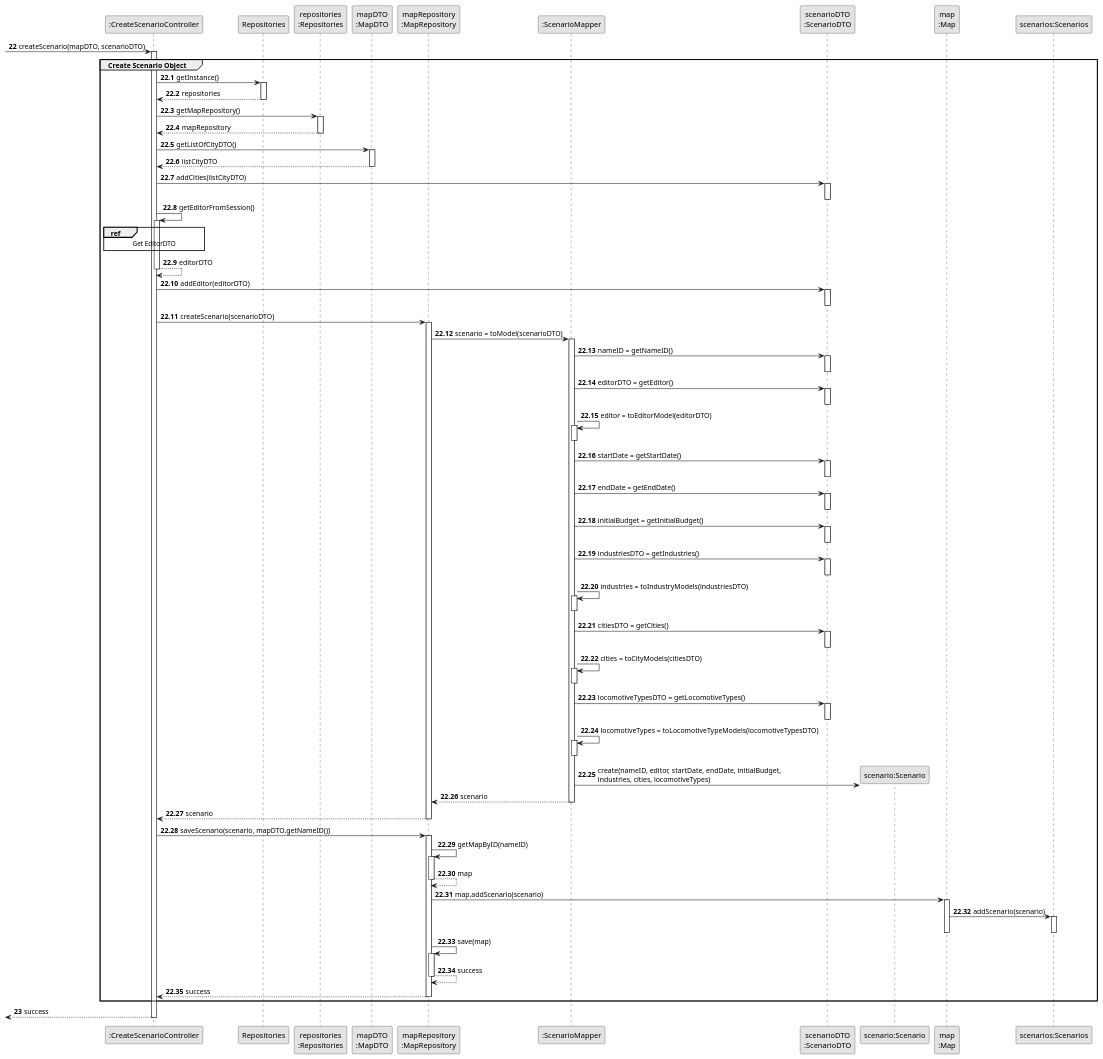
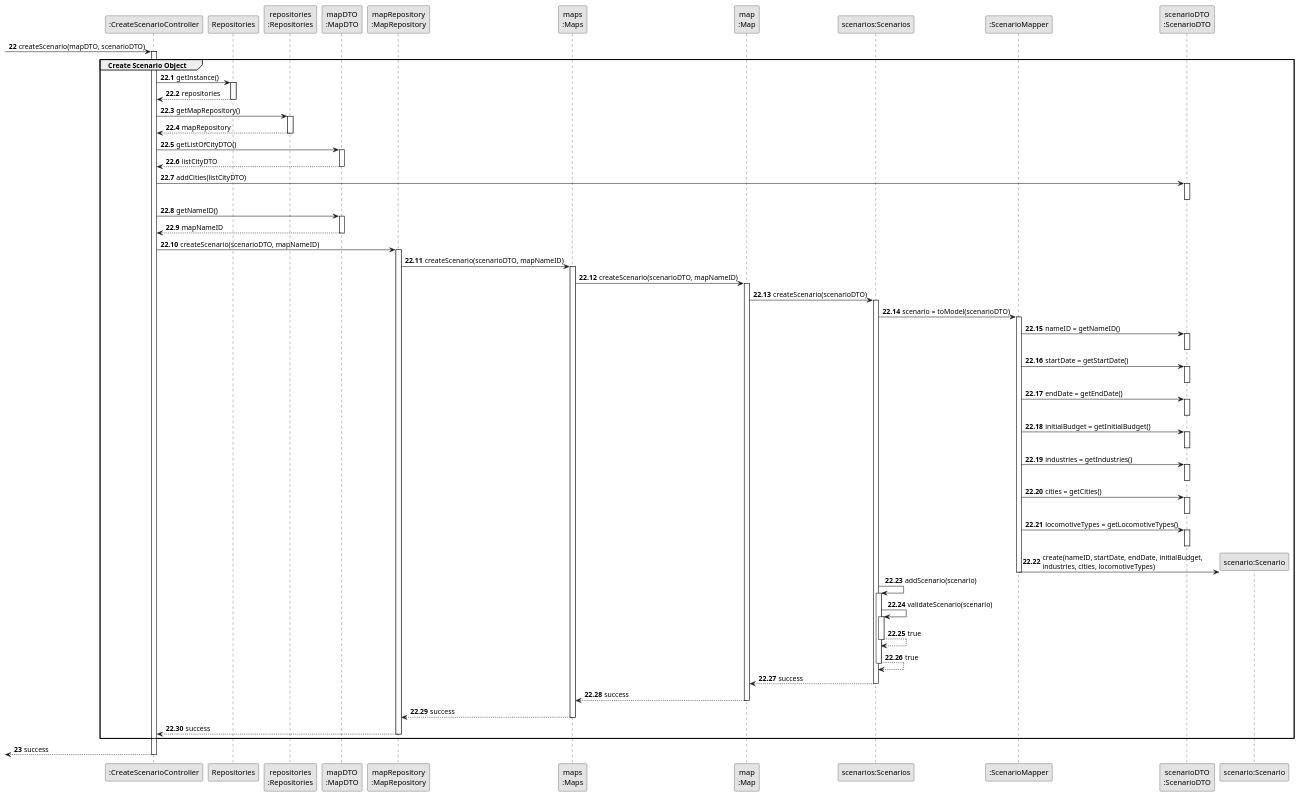
The diagram in docs/system-documentation/Sprint 3/US04/03.design/puml/US04-SD-partial-Create-Scenario-Object.puml (HenriqueSilva18/Railway-Network-Simulator), drawn with PlantUML before and after one commit. The commit also changed 43 other files, not shown here.

```diff
--- a/docs/system-documentation/Sprint 3/US04/03.design/puml/US04-SD-partial-Create-Scenario-Object.puml
+++ b/docs/system-documentation/Sprint 3/US04/03.design/puml/US04-SD-partial-Create-Scenario-Object.puml
@@ -1,155 +1,125 @@
 @startuml
 skinparam monochrome true
 skinparam packageStyle rectangle
 skinparam shadowing false
 
 participant ":CreateScenarioController" as CTRL
 participant "Repositories" as REPOS
 participant "repositories\n:Repositories" as REPOS_SINGLETON
 participant "mapDTO\n:MapDTO" as MAP_DTO
 participant "mapRepository\n:MapRepository" as MAP_REPO
+participant "maps\n:Maps" as MAPS
+participant "map\n:Map" as MAP
+participant "scenarios:Scenarios" as SCNS
 participant ":ScenarioMapper" as SCN_MAPPER
 participant "scenarioDTO\n:ScenarioDTO" as SCN_DTO
 participant "scenario:Scenario" as SCN
-participant "map\n:Map" as MAP
-participant "scenarios:Scenarios" as SCNS
+
 
 autonumber 22
 -> CTRL: createScenario(mapDTO, scenarioDTO)
 
 autonumber 22.1
 activate CTRL
     group Create Scenario Object
 
         CTRL -> REPOS : getInstance()
         activate REPOS
             REPOS --> CTRL: repositories
         deactivate REPOS
 
         CTRL -> REPOS_SINGLETON: getMapRepository()
         activate REPOS_SINGLETON
             REPOS_SINGLETON --> CTRL: mapRepository
         deactivate REPOS_SINGLETON
 
         CTRL -> MAP_DTO: getListOfCityDTO()
         activate MAP_DTO
 
             MAP_DTO --> CTRL: listCityDTO
         deactivate MAP_DTO
 
         CTRL -> SCN_DTO: addCities(listCityDTO)
         activate SCN_DTO
             deactivate SCN_DTO
 
+        CTRL -> MAP_DTO: getNameID()
+        activate MAP_DTO
+            MAP_DTO --> CTRL: mapNameID
+        deactivate MAP_DTO
 
-        CTRL -> CTRL: getEditorFromSession()
-        activate CTRL
-
-        ref over CTRL
-            Get EditorDTO
-        end ref
-
-        CTRL --> CTRL: editorDTO
-        deactivate CTRL
-
-        CTRL -> SCN_DTO: addEditor(editorDTO)
-        activate SCN_DTO
-            deactivate SCN_DTO
-
-
-        CTRL -> MAP_REPO: createScenario(scenarioDTO)
+        CTRL -> MAP_REPO: createScenario(scenarioDTO, mapNameID)
             activate MAP_REPO
 
-            MAP_REPO -> SCN_MAPPER: scenario = toModel(scenarioDTO)
+            MAP_REPO -> MAPS: createScenario(scenarioDTO, mapNameID)
+            activate MAPS
+
+            MAPS -> MAP: createScenario(scenarioDTO, mapNameID)
+            activate MAP
+
+            MAP -> SCNS: createScenario(scenarioDTO)
+            activate SCNS
+
+            SCNS -> SCN_MAPPER: scenario = toModel(scenarioDTO)
                 activate SCN_MAPPER
 
                 SCN_MAPPER -> SCN_DTO: nameID = getNameID()
                 activate SCN_DTO
                 deactivate SCN_DTO
-
-                ' Conversão do Editor
-                SCN_MAPPER -> SCN_DTO: editorDTO = getEditor()
-                activate SCN_DTO
-                deactivate SCN_DTO
-                SCN_MAPPER -> SCN_MAPPER: editor = toEditorModel(editorDTO)
-                activate SCN_MAPPER
-                deactivate SCN_MAPPER
 
                 SCN_MAPPER -> SCN_DTO: startDate = getStartDate()
                 activate SCN_DTO
                 deactivate SCN_DTO
 
                 SCN_MAPPER -> SCN_DTO: endDate = getEndDate()
                 activate SCN_DTO
                 deactivate SCN_DTO
 
                 SCN_MAPPER -> SCN_DTO: initialBudget = getInitialBudget()
                 activate SCN_DTO
                 deactivate SCN_DTO
 
-                ' Conversão das Industries
-                SCN_MAPPER -> SCN_DTO: industriesDTO = getIndustries()
+                SCN_MAPPER -> SCN_DTO: industries = getIndustries()
                 activate SCN_DTO
                 deactivate SCN_DTO
-                SCN_MAPPER -> SCN_MAPPER: industries = toIndustryModels(industriesDTO)
-                activate SCN_MAPPER
+
+                SCN_MAPPER -> SCN_DTO: cities = getCities()
+                activate SCN_DTO
+                deactivate SCN_DTO
+
+                SCN_MAPPER -> SCN_DTO: locomotiveTypes = getLocomotiveTypes()
+                activate SCN_DTO
+                deactivate SCN_DTO
+
+                SCN_MAPPER -> SCN**: create(nameID, startDate, endDate, initialBudget,\nindustries, cities, locomotiveTypes)
                 deactivate SCN_MAPPER
 
-                ' Conversão das Cities
-                SCN_MAPPER -> SCN_DTO: citiesDTO = getCities()
-                activate SCN_DTO
-                deactivate SCN_DTO
-                SCN_MAPPER -> SCN_MAPPER: cities = toCityModels(citiesDTO)
-                activate SCN_MAPPER
-                deactivate SCN_MAPPER
+                SCNS -> SCNS: addScenario(scenario)
+                activate SCNS
+                    SCNS -> SCNS: validateScenario(scenario)
+                    activate SCNS
+                        SCNS --> SCNS: true
+                        deactivate SCNS
+                    SCNS --> SCNS: true
+                    deactivate SCNS
 
-                ' Conversão dos LocomotiveTypes
-                SCN_MAPPER -> SCN_DTO: locomotiveTypesDTO = getLocomotiveTypes()
-                activate SCN_DTO
-                deactivate SCN_DTO
-                SCN_MAPPER -> SCN_MAPPER: locomotiveTypes = toLocomotiveTypeModels(locomotiveTypesDTO)
-                activate SCN_MAPPER
-                deactivate SCN_MAPPER
+                SCNS --> MAP: success
+                deactivate SCNS
 
-                SCN_MAPPER -> SCN**: create(nameID, editor, startDate, endDate, initialBudget,\nindustries, cities, locomotiveTypes)
+            MAP --> MAPS: success
+            deactivate MAP
 
-            SCN_MAPPER --> MAP_REPO: scenario
-            deactivate SCN_MAPPER
-
-            MAP_REPO --> CTRL: scenario
-            deactivate MAP_REPO
-
-            CTRL -> MAP_REPO: saveScenario(scenario, mapDTO.getNameID())
-            activate MAP_REPO
-
-                MAP_REPO -> MAP_REPO: getMapByID(nameID)
-                activate MAP_REPO
-                    MAP_REPO --> MAP_REPO: map
-                    deactivate MAP_REPO
-
-                MAP_REPO -> MAP: map.addScenario(scenario)
-                activate MAP
-                    MAP -> SCNS: addScenario(scenario)
-                    activate SCNS
-                        deactivate SCNS
-
-                deactivate MAP
-
-
-                MAP_REPO -> MAP_REPO: save(map)
-                activate MAP_REPO
-
-                MAP_REPO --> MAP_REPO: success
-                deactivate MAP_REPO
+            MAPS --> MAP_REPO: success
+            deactivate MAPS
 
             MAP_REPO --> CTRL: success
             deactivate MAP_REPO
 
     end
 
     autonumber 23
     <-- CTRL : success
 deactivate CTRL
 
 
 @enduml
```
